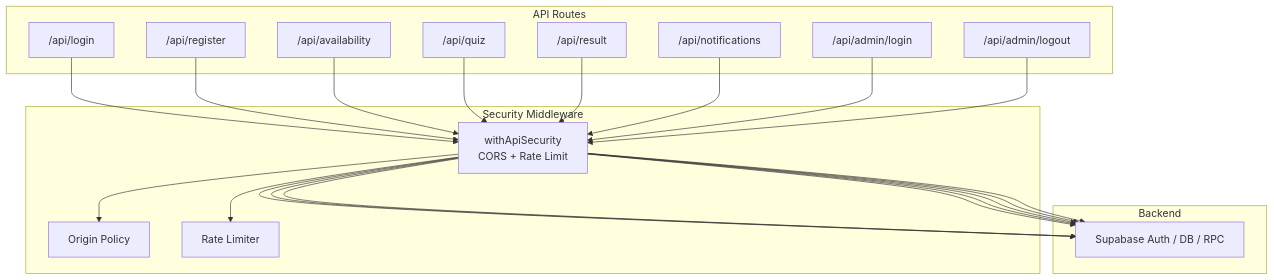
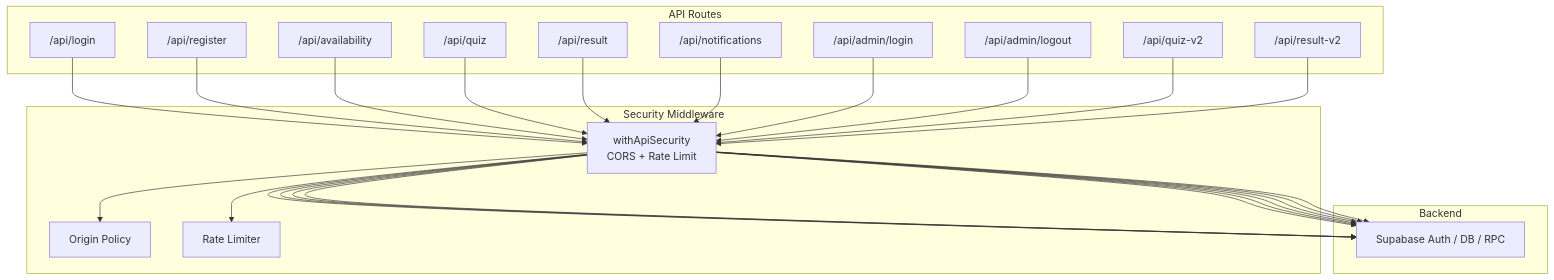
The first of 8 diagrams in .qoder/repowiki/en/content/Architecture Overview/API Layer & Security.md (AmeliaDi/ProyectoENESZooMatch), drawn with Mermaid before and after one commit. The commit also changed other lines of this file and 43 other files, not shown here.

````diff
--- a/.qoder/repowiki/en/content/Architecture Overview/API Layer & Security.md
+++ b/.qoder/repowiki/en/content/Architecture Overview/API Layer & Security.md
@@ -44,31 +57,35 @@
 ```mermaid
 graph TB
 subgraph "API Routes"
 A["/api/login"]
 B["/api/register"]
 C["/api/availability"]
 D["/api/quiz"]
 E["/api/result"]
 F["/api/notifications"]
 G["/api/admin/login"]
 H["/api/admin/logout"]
+I["/api/quiz-v2"]
+J["/api/result-v2"]
 end
 subgraph "Security Middleware"
 S1["withApiSecurity<br/>CORS + Rate Limit"]
 S2["Origin Policy"]
 S3["Rate Limiter"]
 end
 subgraph "Backend"
 DB["Supabase Auth / DB / RPC"]
 end
 A --> S1 --> DB
 B --> S1 --> DB
 C --> S1 --> DB
 D --> S1 --> DB
 E --> S1 --> DB
 F --> S1 --> DB
 G --> S1 --> DB
 H --> S1 --> DB
+I --> S1 --> DB
+J --> S1 --> DB
 S1 --> S2
 S1 --> S3
 ```
````
